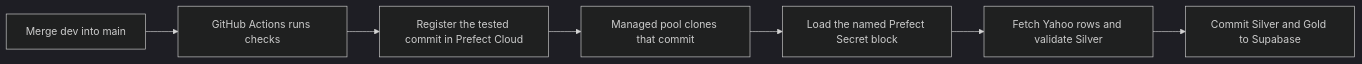
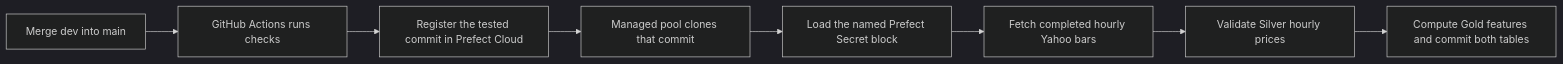
One commit to soloshun/market-data-ml-pipeline changed the diagram in docs/DEPLOYMENT.md. Above: the diagram before and after it, drawn with Mermaid (dark theme). The commit also changed other lines of this file and 12 other files, not shown here.

Commit message:
feat(ingestion): release hourly Silver and Gold

````diff
--- a/docs/DEPLOYMENT.md
+++ b/docs/DEPLOYMENT.md
@@ -5,9 +5,10 @@
 ```mermaid
 flowchart LR
     A["Merge dev into main"] --> B["GitHub Actions runs checks"]
     B --> C["Register the tested commit in Prefect Cloud"]
     C --> D["Managed pool clones that commit"]
     D --> E["Load the named Prefect Secret block"]
-    E --> F["Fetch Yahoo rows and validate Silver"]
-    F --> G["Commit Silver and Gold to Supabase"]
+    E --> F["Fetch completed hourly Yahoo bars"]
+    F --> G["Validate Silver hourly prices"]
+    G --> H["Compute Gold features and commit both tables"]
 ```
````
